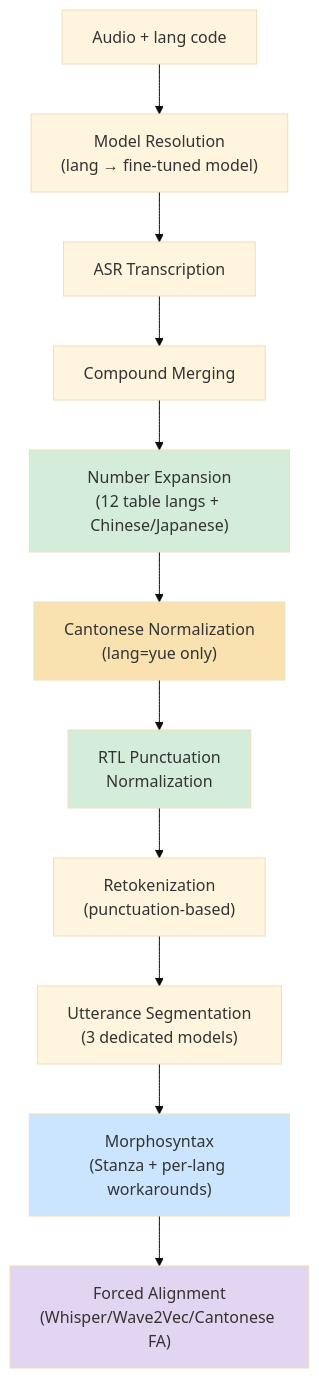
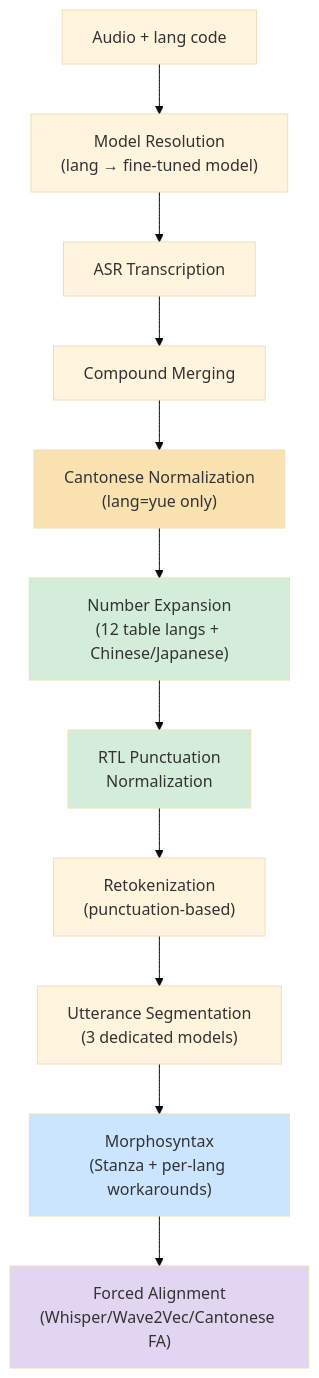
The first of 2 diagrams in book/src/batchalign/reference/language-specific-processing.md (FranklinChen/talkbank-tools), drawn with Mermaid (base theme) before and after one commit. The commit also changed other lines of this file and 472 other files, not shown here.

````diff
--- a/book/src/batchalign/reference/language-specific-processing.md
+++ b/book/src/batchalign/reference/language-specific-processing.md
@@ -15,23 +15,23 @@
 ```mermaid
 flowchart TD
     input["Audio + lang code"]
     resolve["Model Resolution\n(lang → fine-tuned model)"]
     asr["ASR Transcription"]
     compound["Compound Merging"]
     numexp["Number Expansion\n(12 table langs + Chinese/Japanese)"]
     cantonorm["Cantonese Normalization\n(lang=yue only)"]
     rtlpunct["RTL Punctuation\nNormalization"]
     retok["Retokenization\n(punctuation-based)"]
     utseg["Utterance Segmentation\n(3 dedicated models)"]
     morpho["Morphosyntax\n(Stanza + per-lang workarounds)"]
     fa["Forced Alignment\n(Whisper/Wave2Vec/Cantonese FA)"]
 
-    input --> resolve --> asr --> compound --> numexp
-    numexp --> cantonorm --> rtlpunct --> retok --> utseg --> morpho --> fa
+    input --> resolve --> asr --> compound --> cantonorm
+    cantonorm --> numexp --> rtlpunct --> retok --> utseg --> morpho --> fa
 
     style cantonorm fill:#f9e2b0
     style numexp fill:#d4edda
     style rtlpunct fill:#d4edda
     style morpho fill:#cce5ff
     style fa fill:#e2d5f1
 ```
````
